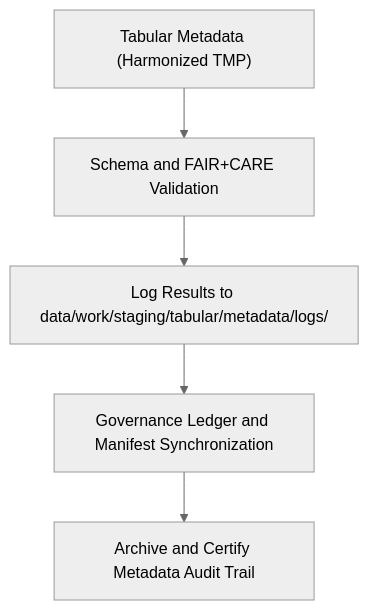
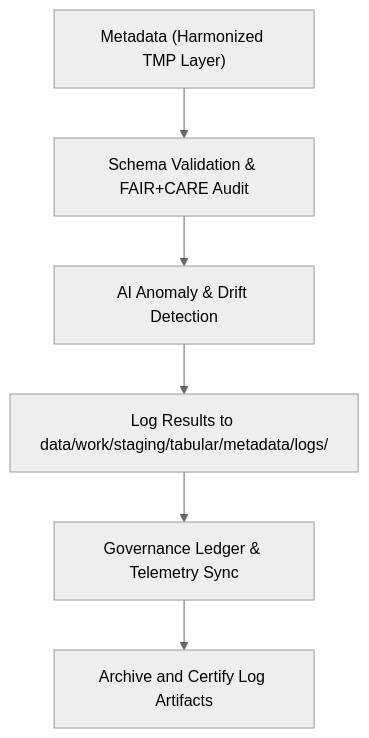
Before and after one commit to bartytime4life/Kansas-Frontier-Matrix: the diagram in data/work/staging/tabular/metadata/logs/README.md, drawn with Mermaid (neutral theme). The commit also changed other lines of this file, not shown here.

Commit message:
Update README for v9.5.0 with AI audit features

````diff
--- a/data/work/staging/tabular/metadata/logs/README.md
+++ b/data/work/staging/tabular/metadata/logs/README.md
@@ -61,7 +69,8 @@
 ```mermaid
 flowchart TD
-    A["Tabular Metadata (Harmonized TMP)"] --> B["Schema and FAIR+CARE Validation"]
-    B --> C["Log Results to data/work/staging/tabular/metadata/logs/"]
-    C --> D["Governance Ledger and Manifest Synchronization"]
-    D --> E["Archive and Certify Metadata Audit Trail"]
+    A["Metadata (Harmonized TMP Layer)"] --> B["Schema Validation & FAIR+CARE Audit"]
+    B --> C["AI Anomaly & Drift Detection"]
+    C --> D["Log Results to data/work/staging/tabular/metadata/logs/"]
+    D --> E["Governance Ledger & Telemetry Sync"]
+    E --> F["Archive and Certify Log Artifacts"]
 ```
````
